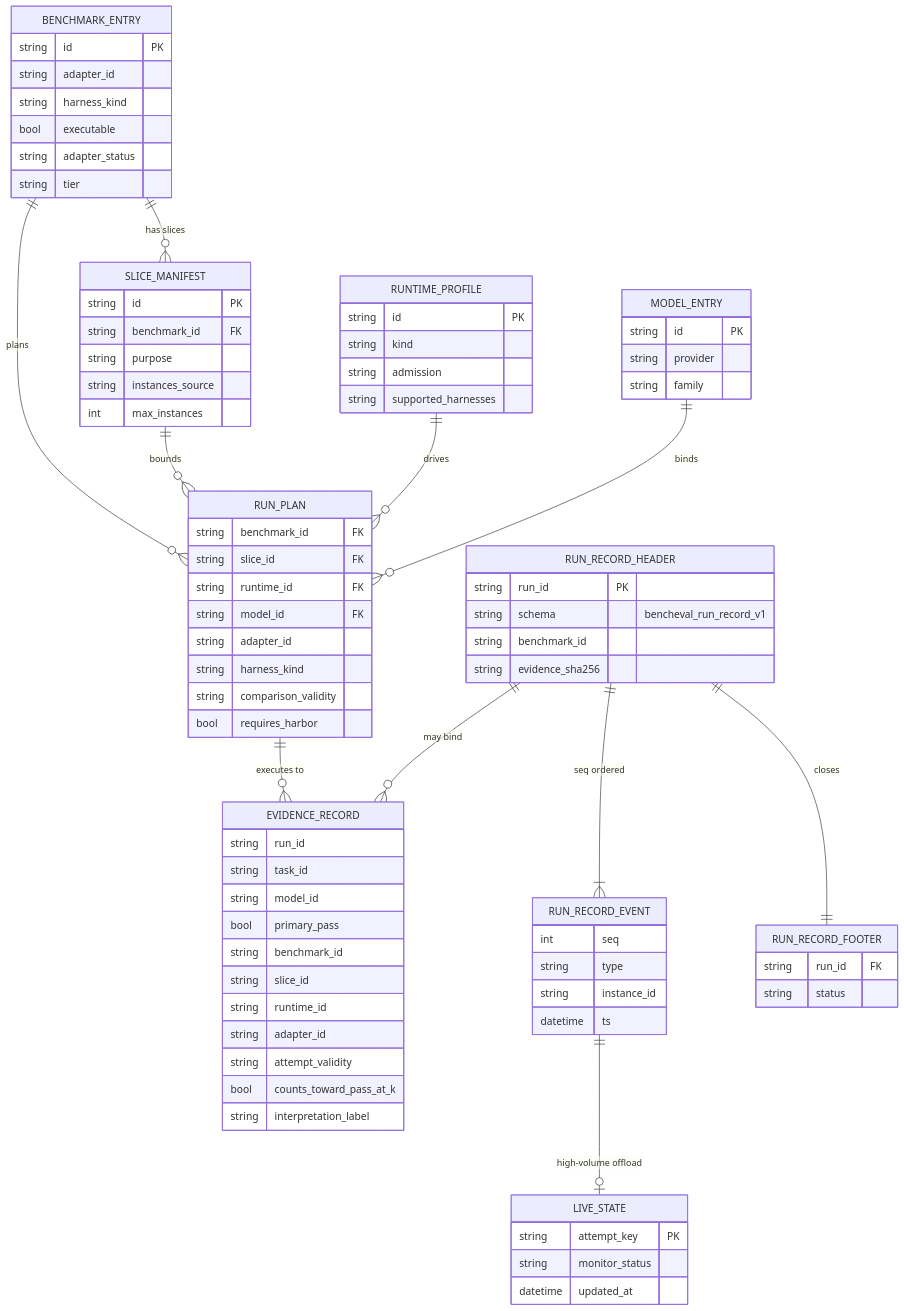
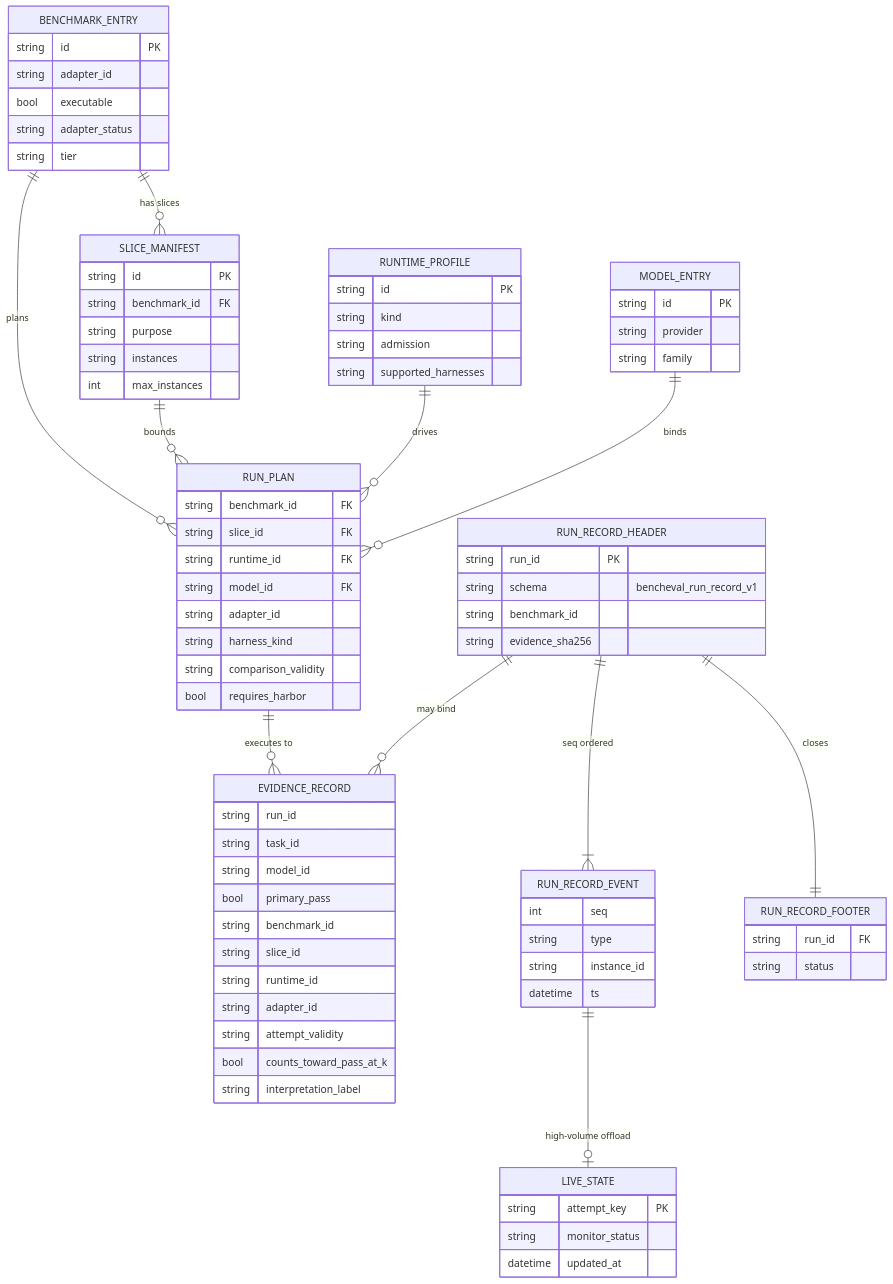
One commit to Lyther/BenchEval changed the diagram in docs/diagrams/data-model.md. Above: the diagram before and after it, drawn with Mermaid. The commit also changed 86 other files, not shown here.

```diff
--- a/docs/diagrams/data-model.md
+++ b/docs/diagrams/data-model.md
@@ -8,7 +8,6 @@
     BENCHMARK_ENTRY {
         string id PK
         string adapter_id
-        string harness_kind
         bool executable
         string adapter_status
         string tier
@@ -17,7 +16,7 @@
         string id PK
         string benchmark_id FK
         string purpose
-        string instances_source
+        string instances
         int max_instances
     }
     RUNTIME_PROFILE {
```
